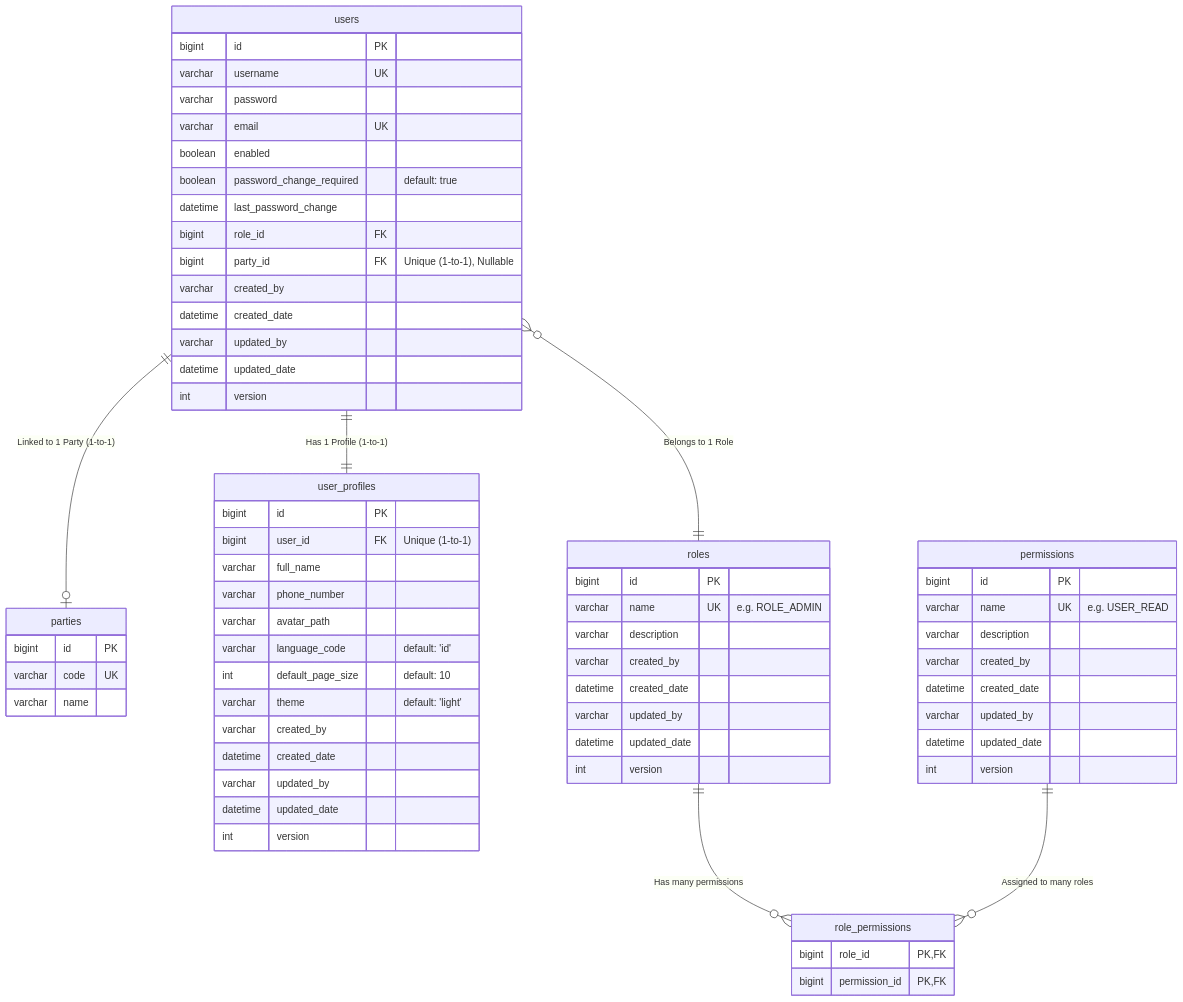
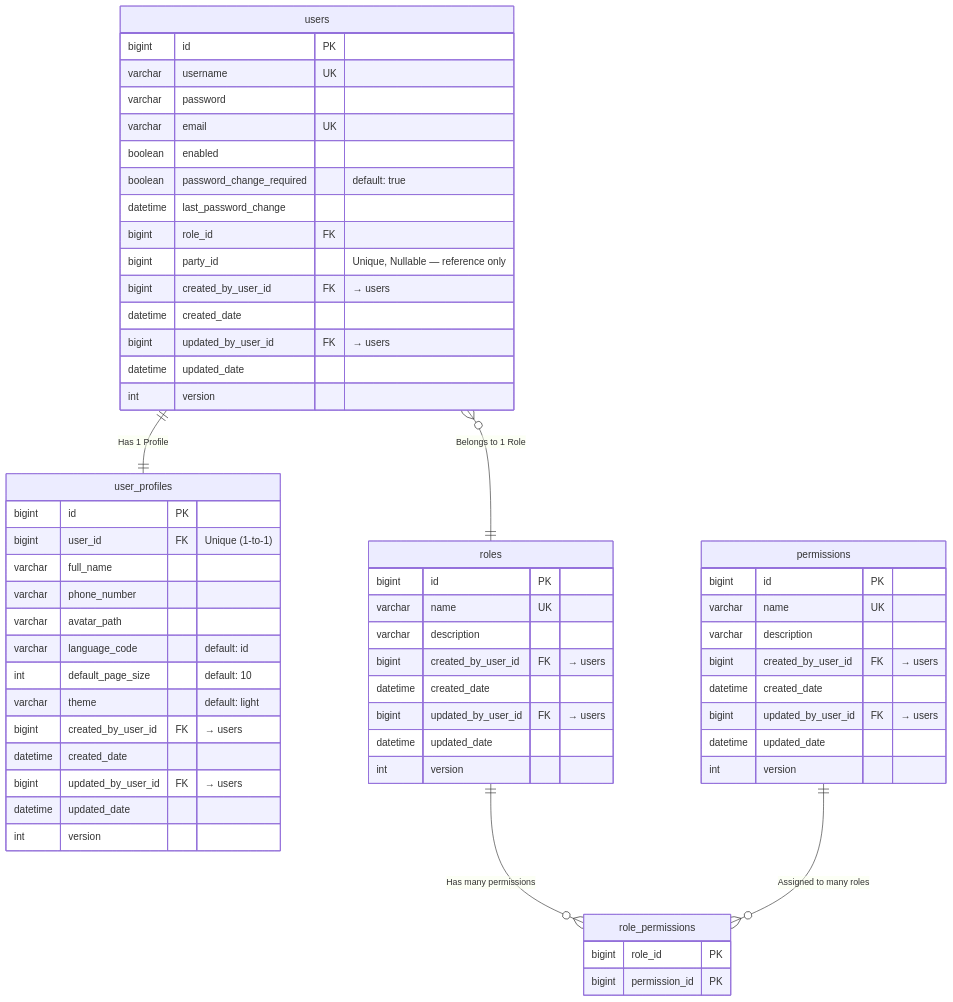
One commit to quenzvezda/solusi-erp changed the diagram in docs/database/security-erd.md. Above: the diagram before and after it, drawn with Mermaid. The commit also changed other lines of this file and 1257 other files, not shown here.

First line of the commit message:
refactor: Comprehensive Transition to Clean Architecture, DDD, and CQRS (Vertical Slices) (#9)

````diff
--- a/docs/database/security-erd.md
+++ b/docs/database/security-erd.md
@@ -5,74 +5,67 @@
 ```mermaid
 erDiagram
     users {
         bigint id PK
         varchar username UK
         varchar password
         varchar email UK
         boolean enabled
         boolean password_change_required "default: true"
         datetime last_password_change
         bigint role_id FK
-        bigint party_id FK "Unique (1-to-1), Nullable"
-        varchar created_by
+        bigint party_id "Unique, Nullable — reference only"
+        bigint created_by_user_id FK "→ users"
         datetime created_date
-        varchar updated_by
+        bigint updated_by_user_id FK "→ users"
         datetime updated_date
         int version
-    }
-
-    parties {
-        bigint id PK
-        varchar code UK
-        varchar name
     }
 
     user_profiles {
         bigint id PK
         bigint user_id FK "Unique (1-to-1)"
         varchar full_name
         varchar phone_number
         varchar avatar_path
-        varchar language_code "default: 'id'"
+        varchar language_code "default: id"
         int default_page_size "default: 10"
-        varchar theme "default: 'light'"
-        varchar created_by
+        varchar theme "default: light"
+        bigint created_by_user_id FK "→ users"
         datetime created_date
-        varchar updated_by
+        bigint updated_by_user_id FK "→ users"
         datetime updated_date
         int version
     }
 
     roles {
         bigint id PK
-        varchar name UK "e.g. ROLE_ADMIN"
+        varchar name UK
         varchar description
-        varchar created_by
+        bigint created_by_user_id FK "→ users"
         datetime created_date
-        varchar updated_by
+        bigint updated_by_user_id FK "→ users"
         datetime updated_date
         int version
     }
 
     permissions {
         bigint id PK
-        varchar name UK "e.g. USER_READ"
+        varchar name UK
         varchar description
-        varchar created_by
+        bigint created_by_user_id FK "→ users"
         datetime created_date
-        varchar updated_by
+        bigint updated_by_user_id FK "→ users"
         datetime updated_date
         int version
     }
 
     role_permissions {
-        bigint role_id PK, FK
-        bigint permission_id PK, FK
+        bigint role_id PK
+        bigint permission_id PK
     }
 
     users }o--|| roles : "Belongs to 1 Role"
-    users ||--|| user_profiles : "Has 1 Profile (1-to-1)"
-    users ||--o| parties : "Linked to 1 Party (1-to-1)"
+    users ||--|| user_profiles : "Has 1 Profile"
     roles ||--o{ role_permissions : "Has many permissions"
     permissions ||--o{ role_permissions : "Assigned to many roles"
 ```
````
